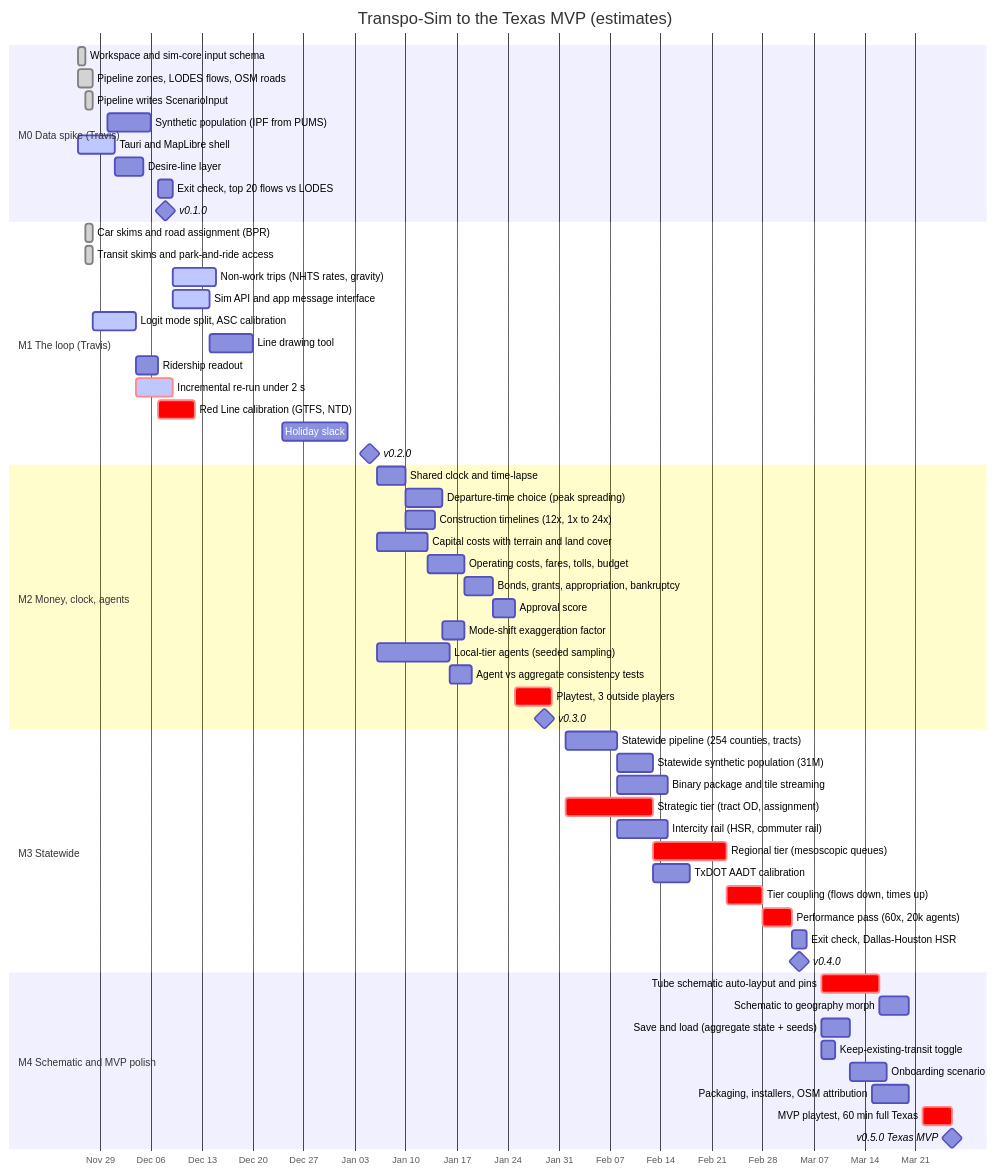
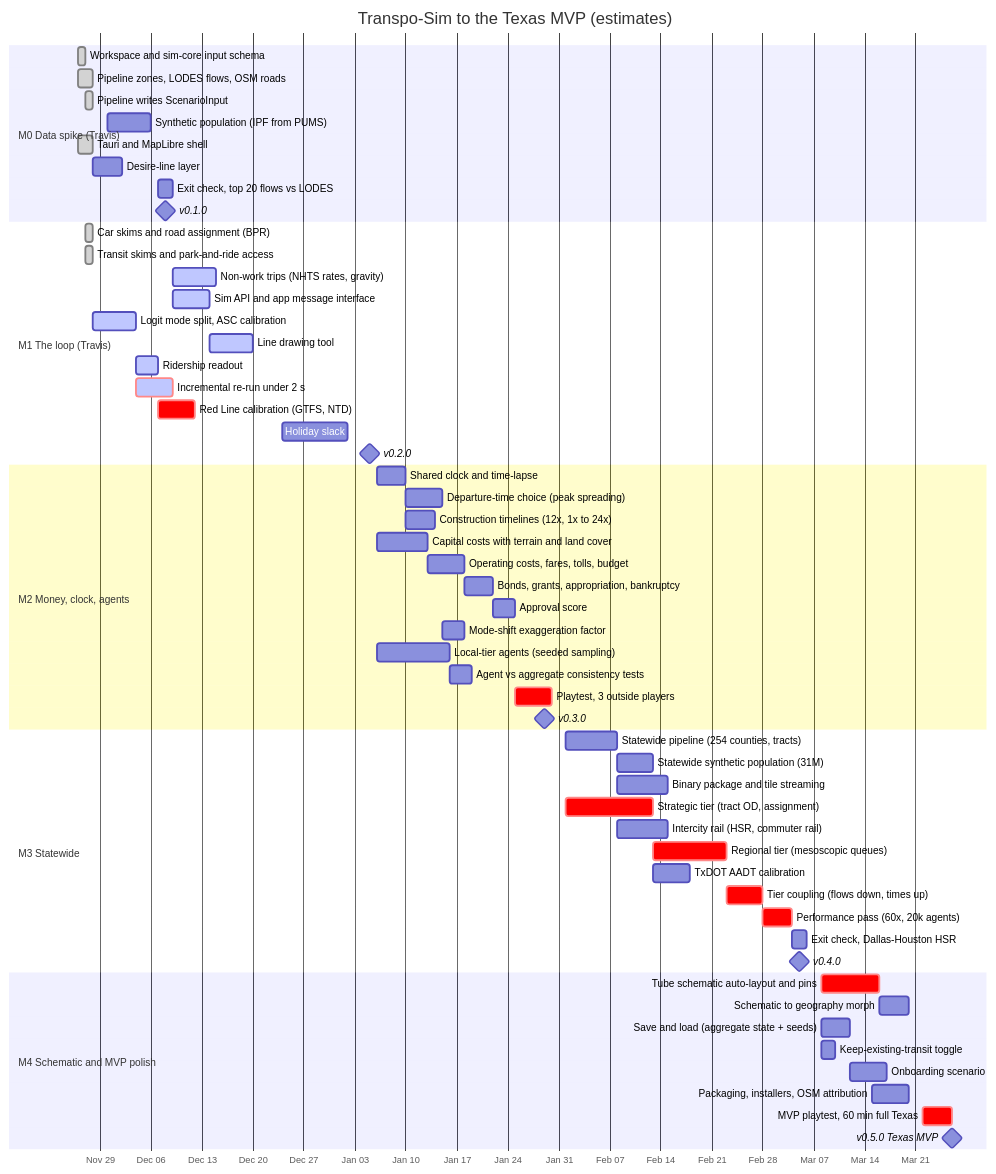
Before and after one commit to mr-gril-em-up/Transportation-Simulator: the diagram in docs/ROADMAP.md, drawn with Mermaid. The commit also changed other lines of this file and 2 other files, not shown here.

Commit message:
Docs: sync roadmap and index with #9; document CI coverage
F05 done, F15 no longer pending review, F17 backed by sim-core in the
desktop app; Gantt tags for f05/f16/f17; app row lists sim.rs, tauri.ts
and app.yml; ARCHITECTURE gains a CI table and notes that no job runs
sim-core's own tests.

Claude-Session: https://claude.ai/code/session_01JBKvSpH4C1VW5KV76Zkck7

````diff
--- a/docs/ROADMAP.md
+++ b/docs/ROADMAP.md
@@ -23,67 +23,67 @@
 ```mermaid
 gantt
     title Transpo-Sim to the Texas MVP (estimates)
     dateFormat YYYY-MM-DD
     axisFormat %b %d
     todayMarker on
 
     section M0 Data spike (Travis)
     Workspace and sim-core input schema        :done,   f01, 2026-11-26, 1d
     Pipeline zones, LODES flows, OSM roads     :done,   f02, 2026-11-26, 2d
     Pipeline writes ScenarioInput              :done,   f03, 2026-11-27, 1d
     Synthetic population (IPF from PUMS)       :        f04, 2026-11-30, 6d
-    Tauri and MapLibre shell                   :active, f05, 2026-11-26, 5d
+    Tauri and MapLibre shell                   :done,   f05, 2026-11-26, 2d
     Desire-line layer                          :        f06, after f05, 4d
     Exit check, top 20 flows vs LODES          :        f07, 2026-12-07, 2d
     v0.1.0                                     :milestone, r01, 2026-12-08, 0d
 
     section M1 The loop (Travis)
     Car skims and road assignment (BPR)        :done,   f11, 2026-11-27, 1d
     Transit skims and park-and-ride access     :done,   f12, 2026-11-27, 1d
     Non-work trips (NHTS rates, gravity)       :active, f13, 2026-12-09, 6d
     Sim API and app message interface          :active, f15, 2026-12-09, 5d
     Logit mode split, ASC calibration          :active, f14, after f11, 6d
-    Line drawing tool                          :        f16, after f15, 6d
-    Ridership readout                          :        f17, after f14, 3d
+    Line drawing tool                          :active, f16, after f15, 6d
+    Ridership readout                          :active, f17, after f14, 3d
     Incremental re-run under 2 s               :active, crit, f18, after f14, 5d
     Red Line calibration (GTFS, NTD)           :crit,   f19, after f17, 5d
     Holiday slack                              :        f1h, 2026-12-24, 9d
     v0.2.0                                     :milestone, r02, 2027-01-05, 0d
 
     section M2 Money, clock, agents
     Shared clock and time-lapse                :        f21, 2027-01-06, 4d
     Departure-time choice (peak spreading)     :        f22, after f21, 5d
     Construction timelines (12x, 1x to 24x)    :        f24, after f21, 4d
     Capital costs with terrain and land cover  :        f23, 2027-01-06, 7d
     Operating costs, fares, tolls, budget      :        f25, after f23, 5d
     Bonds, grants, appropriation, bankruptcy   :        f26, after f25, 4d
     Approval score                             :        f27, after f26, 3d
     Mode-shift exaggeration factor             :        f2e, after f22, 3d
     Local-tier agents (seeded sampling)        :        f28, 2027-01-06, 10d
     Agent vs aggregate consistency tests       :        f29, after f28, 3d
     Playtest, 3 outside players                :crit,   f2p, 2027-01-25, 5d
     v0.3.0                                     :milestone, r03, 2027-01-29, 0d
 
     section M3 Statewide
     Statewide pipeline (254 counties, tracts)  :        f31, 2027-02-01, 7d
     Statewide synthetic population (31M)       :        f32, after f31, 5d
     Binary package and tile streaming          :        f33, after f31, 7d
     Strategic tier (tract OD, assignment)      :crit,   f34, 2027-02-01, 12d
     Intercity rail (HSR, commuter rail)        :        f37, 2027-02-08, 7d
     Regional tier (mesoscopic queues)          :crit,   f35, after f34, 10d
     TxDOT AADT calibration                     :        f38, after f34, 5d
     Tier coupling (flows down, times up)       :crit,   f36, after f35, 5d
     Performance pass (60x, 20k agents)         :crit,   f39, after f36, 4d
     Exit check, Dallas-Houston HSR             :        f3x, 2027-03-04, 2d
     v0.4.0                                     :milestone, r04, 2027-03-05, 0d
 
     section M4 Schematic and MVP polish
     Tube schematic auto-layout and pins        :crit,   f41, 2027-03-08, 8d
     Schematic to geography morph               :        f42, after f41, 4d
     Save and load (aggregate state + seeds)    :        f43, 2027-03-08, 4d
     Keep-existing-transit toggle               :        f44, 2027-03-08, 2d
     Onboarding scenario                        :        f45, 2027-03-12, 5d
     Packaging, installers, OSM attribution     :        f46, 2027-03-15, 5d
     MVP playtest, 60 min full Texas            :crit,   f47, 2027-03-22, 4d
     v0.5.0 Texas MVP                           :milestone, r05, 2027-03-26, 0d
 ```
````
